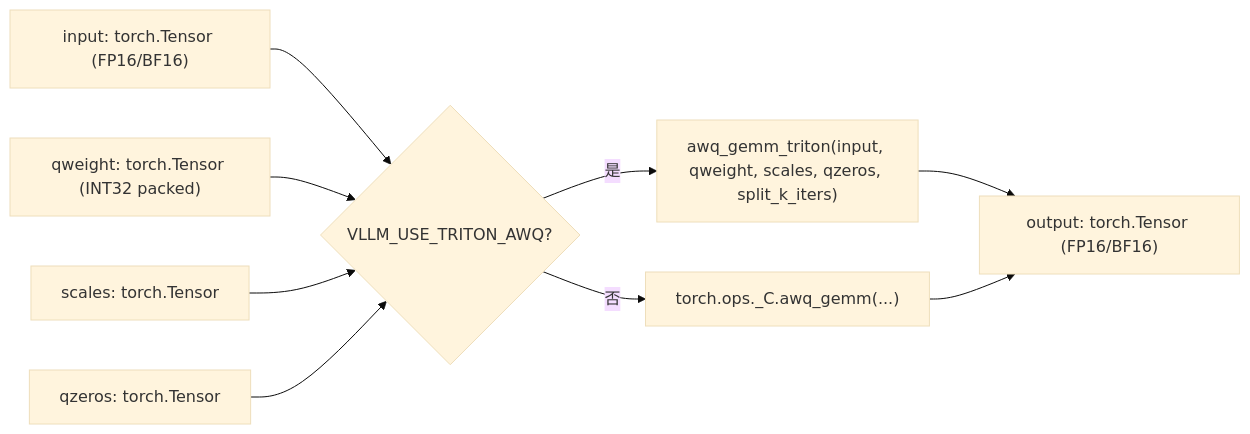
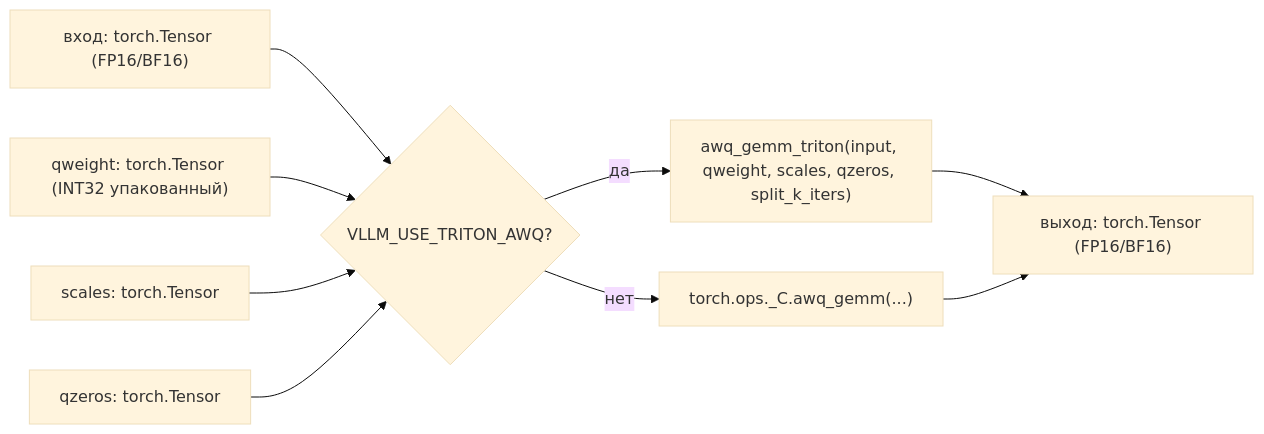
Before and after one commit to maleRjc/AiReadCodeBooks: the second of 3 diagrams in books/vllm/ru/11-async-llm-engine-and-api-server.md, drawn with Mermaid (base theme). The commit also changed other lines of this file and 74 other files, not shown here.

````diff
--- a/books/vllm/ru/11-async-llm-engine-and-api-server.md
+++ b/books/vllm/ru/11-async-llm-engine-and-api-server.md
@@ -142,20 +142,20 @@
 ```mermaid
 flowchart LR
-    input["input: torch.Tensor (FP16/BF16)"]
-    qweight["qweight: torch.Tensor (INT32 packed)"]
+    input["вход: torch.Tensor (FP16/BF16)"]
+    qweight["qweight: torch.Tensor (INT32 упакованный)"]
     scales["scales: torch.Tensor"]
     qzeros["qzeros: torch.Tensor"]
     check_env{"VLLM_USE_TRITON_AWQ?"}
     triton_path["awq_gemm_triton(input, qweight, scales, qzeros, split_k_iters)"]
     cuda_path["torch.ops._C.awq_gemm(...)"]
-    output["output: torch.Tensor (FP16/BF16)"]
+    output["выход: torch.Tensor (FP16/BF16)"]
 
     input --> check_env
     qweight --> check_env
     scales --> check_env
     qzeros --> check_env
-    check_env -->|是| triton_path
-    check_env -->|否| cuda_path
+    check_env -->|да| triton_path
+    check_env -->|нет| cuda_path
     triton_path --> output
     cuda_path --> output
 ```
````
